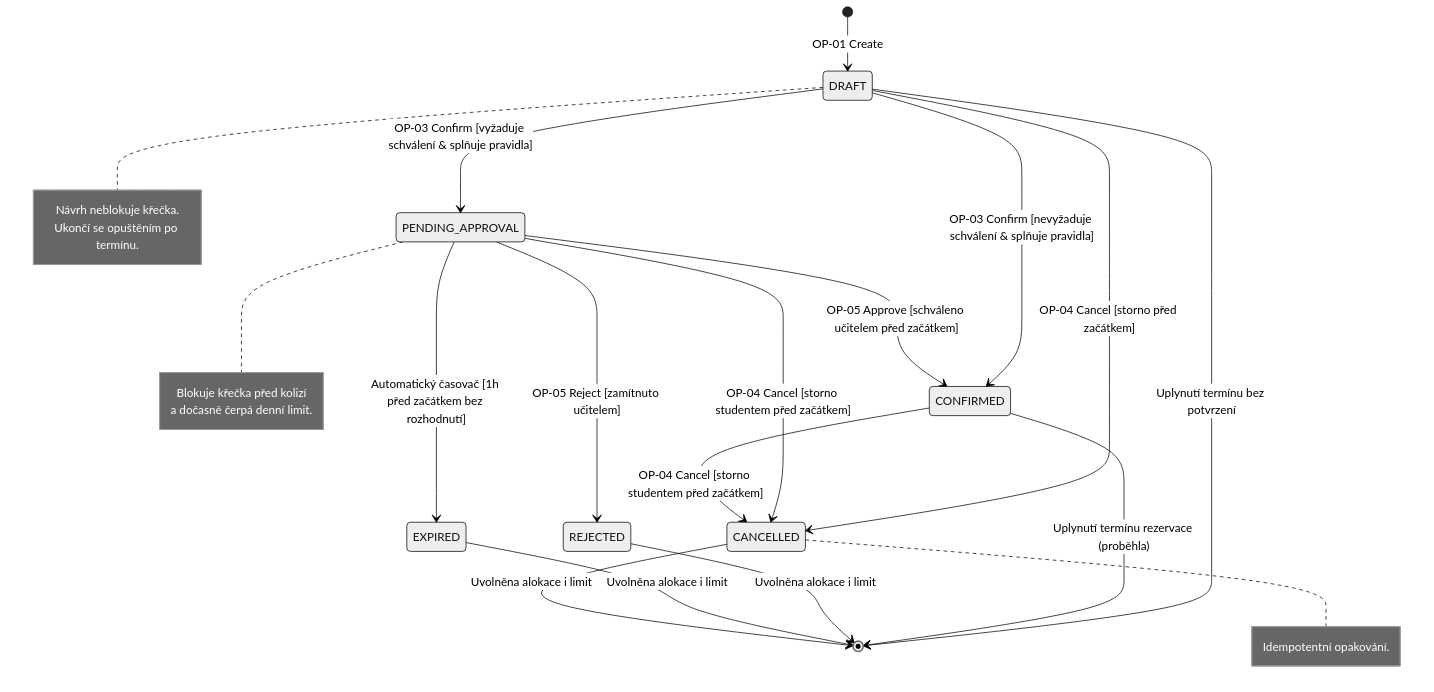
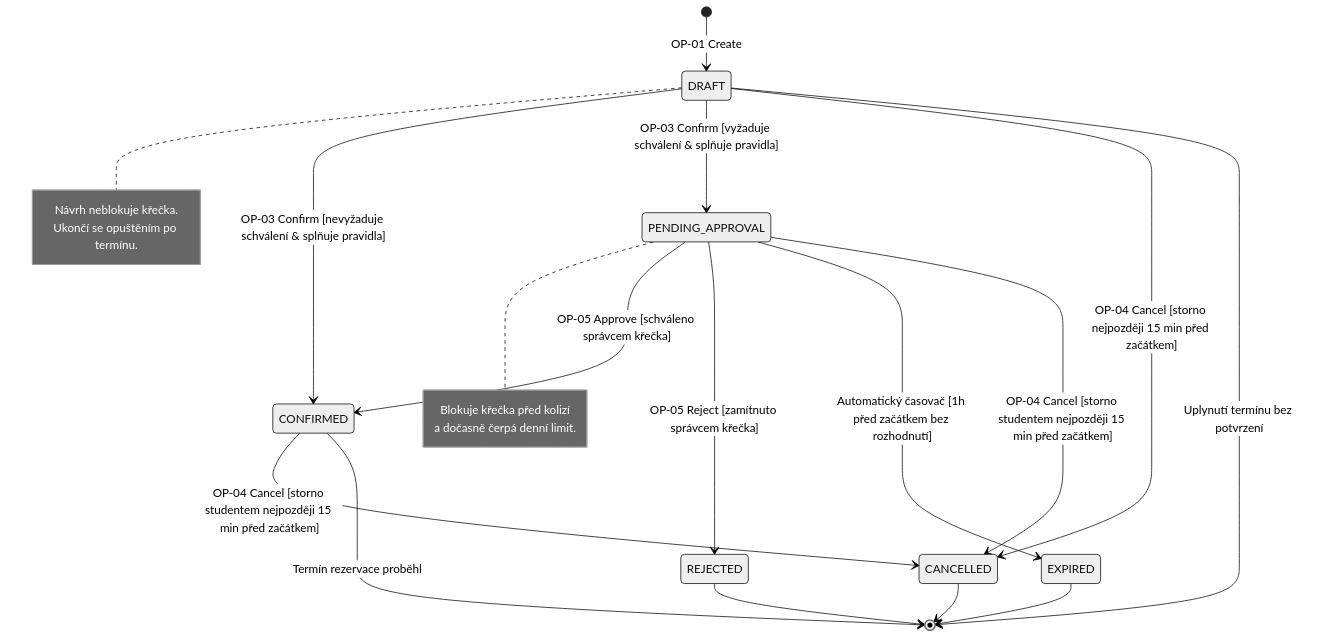
Before and after one commit to tomaskirnig/SWI_2027: the fifth of 6 diagrams in DIAGRAMS.md, drawn with Mermaid (neutral theme). The commit also changed other lines of this file and 14 other files, not shown here.

Commit message:
feat: Finished all diagrams + added fronted + changed DB to supabase

````diff
--- a/DIAGRAMS.md
+++ b/DIAGRAMS.md
@@ -258,35 +258,31 @@
 ```mermaid
 stateDiagram-v2
     [*] --> DRAFT : OP-01 Create
 
     note right of DRAFT
         Návrh neblokuje křečka.
         Ukončí se opuštěním po termínu.
     end note
 
     DRAFT --> CONFIRMED : OP-03 Confirm [nevyžaduje schválení & splňuje pravidla]
     DRAFT --> PENDING_APPROVAL : OP-03 Confirm [vyžaduje schválení & splňuje pravidla]
-    DRAFT --> CANCELLED : OP-04 Cancel [storno před začátkem]
+    DRAFT --> CANCELLED : OP-04 Cancel [storno nejpozději 15 min před začátkem]
     DRAFT --> [*] : Uplynutí termínu bez potvrzení
     
     note right of PENDING_APPROVAL
         Blokuje křečka před kolizí
         a dočasně čerpá denní limit.
     end note
 
-    PENDING_APPROVAL --> CONFIRMED : OP-05 Approve [schváleno učitelem před začátkem]
-    PENDING_APPROVAL --> REJECTED : OP-05 Reject [zamítnuto učitelem]
+    PENDING_APPROVAL --> CONFIRMED : OP-05 Approve [schváleno správcem křečka]
+    PENDING_APPROVAL --> REJECTED : OP-05 Reject [zamítnuto správcem křečka]
     PENDING_APPROVAL --> EXPIRED : Automatický časovač [1h před začátkem bez rozhodnutí]
-    PENDING_APPROVAL --> CANCELLED : OP-04 Cancel [storno studentem před začátkem]
+    PENDING_APPROVAL --> CANCELLED : OP-04 Cancel [storno studentem nejpozději 15 min před začátkem]
 
-    CONFIRMED --> CANCELLED : OP-04 Cancel [storno studentem před začátkem]
-    
-    note right of CANCELLED
-        Idempotentní opakování.
-    end note
+    CONFIRMED --> CANCELLED : OP-04 Cancel [storno studentem nejpozději 15 min před začátkem]
+    CONFIRMED --> [*] : Termín rezervace proběhl
 
-    CONFIRMED --> [*] : Uplynutí termínu rezervace (proběhla)
-    REJECTED --> [*] : Uvolněna alokace i limit
-    EXPIRED --> [*] : Uvolněna alokace i limit
-    CANCELLED --> [*] : Uvolněna alokace i limit
+    REJECTED --> [*]
+    EXPIRED --> [*]
+    CANCELLED --> [*]
 ```
````
